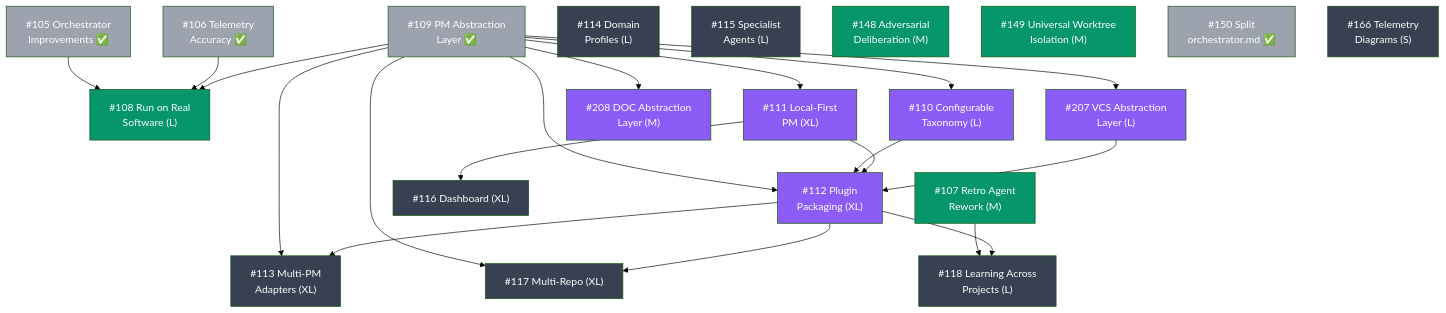
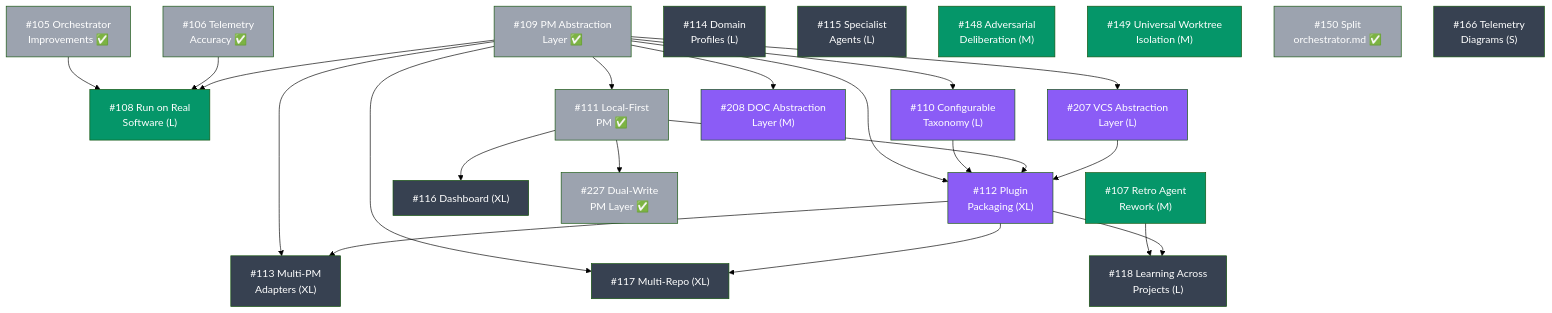
The diagram in docs/ROADMAP.md (carlosboeing/agentic-sdlc-workflow), drawn with Mermaid (forest theme) before and after one commit. The commit also changed other lines of this file and 34 other files, not shown here.

First line of the commit message:
Dual-Write PM Layer — Local Always-On + Optional External Sync (#240)

````diff
--- a/docs/ROADMAP.md
+++ b/docs/ROADMAP.md
@@ -9,63 +9,66 @@
 ```mermaid
 graph TD
     105["#105 Orchestrator<br/>Improvements ✅"]
     106["#106 Telemetry<br/>Accuracy ✅"]
     107["#107 Retro Agent<br/>Rework (M)"]
     108["#108 Run on Real<br/>Software (L)"]
     109["#109 PM Abstraction<br/>Layer ✅"]
     110["#110 Configurable<br/>Taxonomy (L)"]
-    111["#111 Local-First<br/>PM (XL)"]
+    111["#111 Local-First<br/>PM ✅"]
+    227["#227 Dual-Write<br/>PM Layer ✅"]
     112["#112 Plugin<br/>Packaging (XL)"]
     113["#113 Multi-PM<br/>Adapters (XL)"]
     207["#207 VCS Abstraction<br/>Layer (L)"]
     208["#208 DOC Abstraction<br/>Layer (M)"]
     114["#114 Domain<br/>Profiles (L)"]
     115["#115 Specialist<br/>Agents (L)"]
     116["#116 Dashboard (XL)"]
     117["#117 Multi-Repo (XL)"]
     118["#118 Learning Across<br/>Projects (L)"]
     148["#148 Adversarial<br/>Deliberation (M)"]
     149["#149 Universal Worktree<br/>Isolation (M)"]
     150["#150 Split<br/>orchestrator.md ✅"]
     166["#166 Telemetry<br/>Diagrams (S)"]
 
     105 --> 108
     106 --> 108
     109 --> 108
     109 --> 111
+    111 --> 227
     109 --> 110
     109 --> 112
     109 --> 113
     109 --> 117
     110 --> 112
     111 --> 112
     111 --> 116
     107 --> 118
     109 --> 207
     109 --> 208
     207 --> 112
     112 --> 113
     112 --> 117
     112 --> 118
 
     style 105 fill:#9ca3af,color:#fff
     style 106 fill:#9ca3af,color:#fff
     style 107 fill:#059669,color:#fff
     style 108 fill:#059669,color:#fff
     style 109 fill:#9ca3af,color:#fff
     style 110 fill:#8b5cf6,color:#fff
     style 207 fill:#8b5cf6,color:#fff
     style 208 fill:#8b5cf6,color:#fff
-    style 111 fill:#8b5cf6,color:#fff
+    style 111 fill:#9ca3af,color:#fff
+    style 227 fill:#9ca3af,color:#fff
     style 112 fill:#8b5cf6,color:#fff
     style 113 fill:#374151,color:#fff
     style 114 fill:#374151,color:#fff
     style 115 fill:#374151,color:#fff
     style 116 fill:#374151,color:#fff
     style 117 fill:#374151,color:#fff
     style 118 fill:#374151,color:#fff
     style 148 fill:#059669,color:#fff
     style 149 fill:#059669,color:#fff
     style 150 fill:#9ca3af,color:#fff
     style 166 fill:#374151,color:#fff
 ```
````
